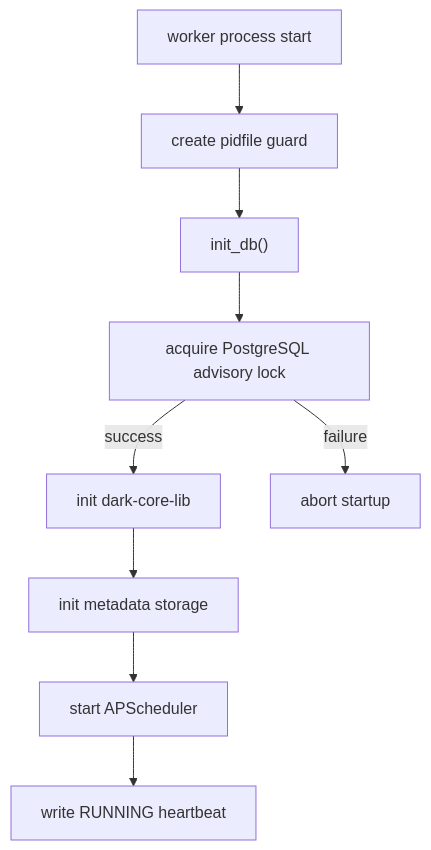
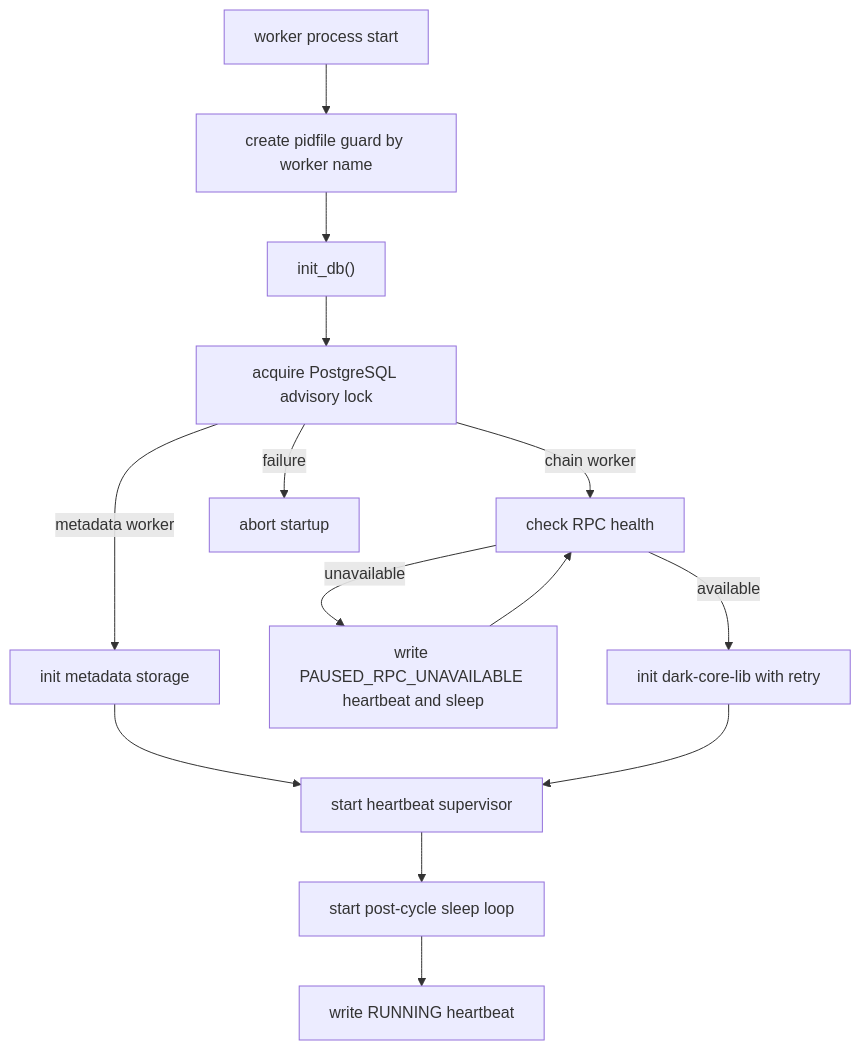
The third of 12 diagrams in minter-architecture.md (LA-Referencia-IOI/dark-core-minter-api), drawn with Mermaid before and after one commit. The commit also changed other lines of this file and 42 other files, not shown here.

First line of the commit message:
Split workers for metadata and chain publishing

````diff
--- a/minter-architecture.md
+++ b/minter-architecture.md
@@ -118,11 +120,16 @@
 ```mermaid
 flowchart TD
-    A["worker process start"] --> B["create pidfile guard"]
+    A["worker process start"] --> B["create pidfile guard by worker name"]
     B --> C["init_db()"]
     C --> D["acquire PostgreSQL advisory lock"]
-    D -->|success| E["init dark-core-lib"]
-    E --> F["init metadata storage"]
-    F --> G["start APScheduler"]
-    G --> H["write RUNNING heartbeat"]
+    D -->|metadata worker| E["init metadata storage"]
+    D -->|chain worker| F["check RPC health"]
+    F -->|unavailable| P["write PAUSED_RPC_UNAVAILABLE heartbeat and sleep"]
+    P --> F
+    F -->|available| Q["init dark-core-lib with retry"]
+    E --> G["start heartbeat supervisor"]
+    Q --> G
+    G --> H["start post-cycle sleep loop"]
+    H --> I["write RUNNING heartbeat"]
     D -->|failure| X["abort startup"]
 ```
````
